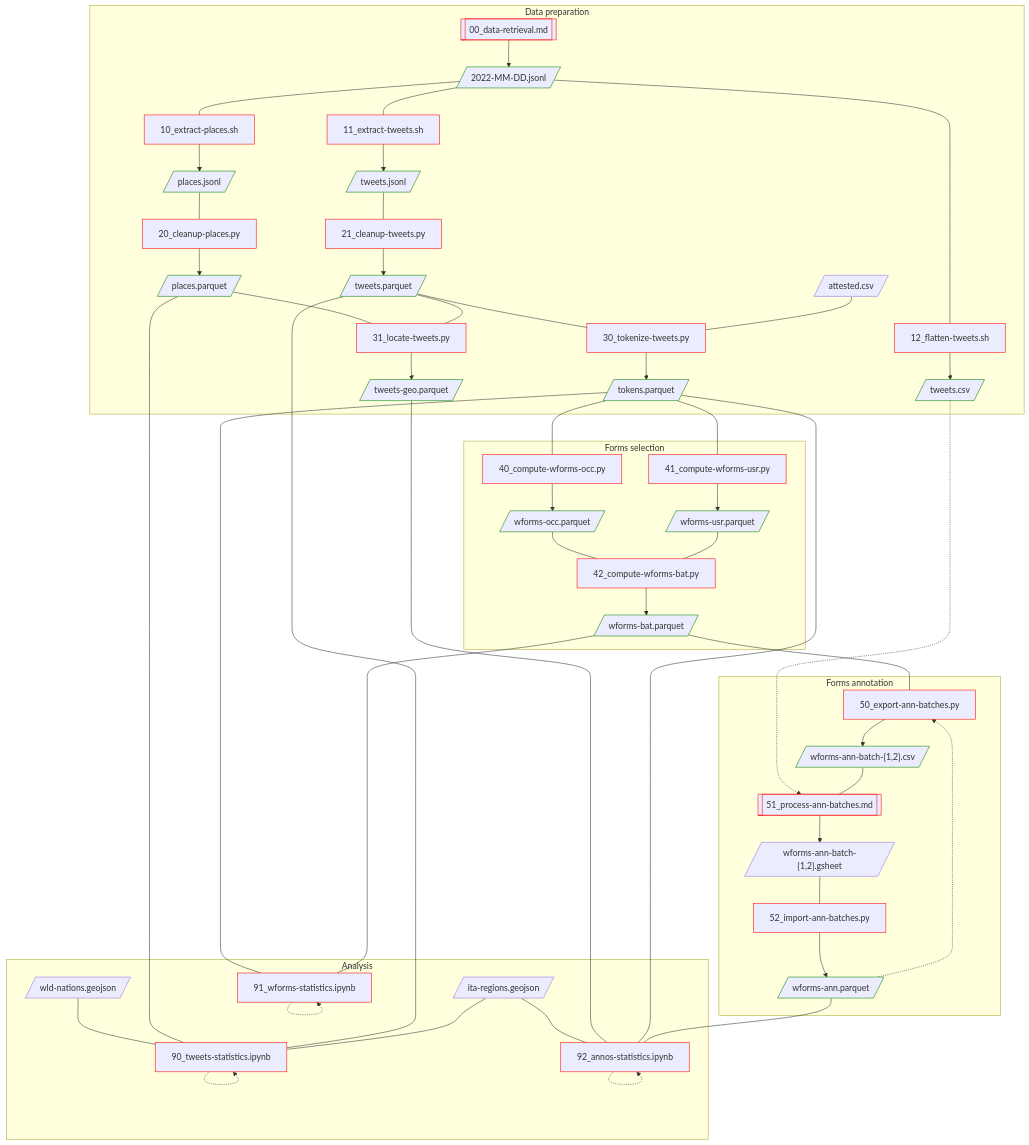
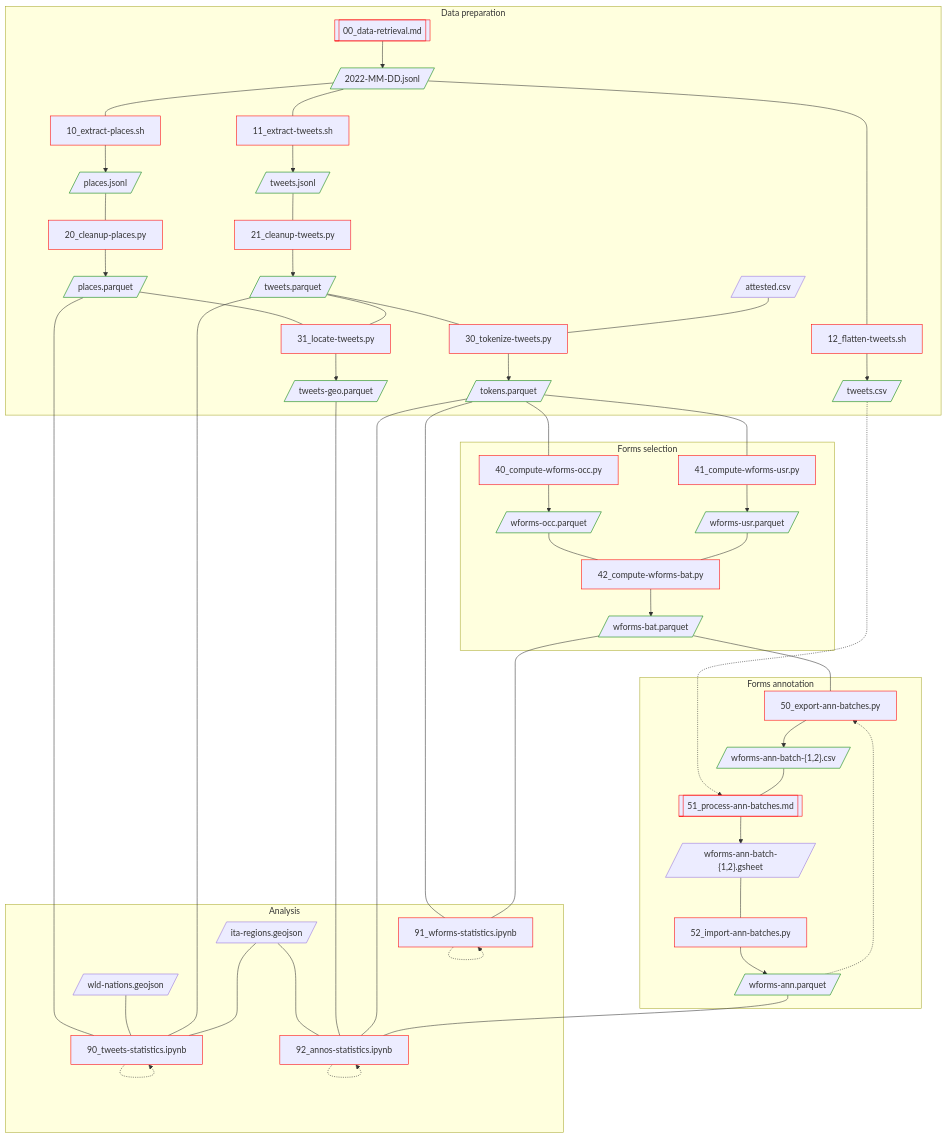
The diagram in README.md (breviloquia-italica/pipeline), drawn with Mermaid before and after one commit.

Commit message:
Clean up flowchart layout

```diff
--- a/README.md
+++ b/README.md
@@ -4,8 +4,8 @@
 flowchart TD;
 
 attested.csv[/attested.csv/]:::extdata;
+wld-nations.geojson[/wld-nations.geojson/]:::extdata
 ita-regions.geojson[/ita-regions.geojson/]:::extdata
-wld-nations.geojson[/wld-nations.geojson/]:::extdata
 
 subgraph "Data preparation"
 
@@ -29,9 +29,9 @@
 
 00 --> 2022-MM-DD.jsonl;
 
+2022-MM-DD.jsonl --- 12 --> tweets.csv;
+2022-MM-DD.jsonl --- 11 --> tweets.jsonl;
 2022-MM-DD.jsonl --- 10 --> places.jsonl;
-2022-MM-DD.jsonl --- 11 --> tweets.jsonl;
-2022-MM-DD.jsonl --- 12 --> tweets.csv;
 
 places.jsonl --- 20 --> places.parquet;
 tweets.jsonl --- 21 --> tweets.parquet;
@@ -91,20 +91,19 @@
 91[91_wforms-statistics.ipynb]:::code;
 92[92_annos-statistics.ipynb]:::code;
 
+places.parquet --- 90;
 wld-nations.geojson --- 90;
-places.parquet --- 90;
 tweets.parquet --- 90;
-ita-regions.geojson --- 90;
+ita-regions.geojson ---- 92;
+ita-regions.geojson ---- 90;
+tweets-geo.parquet --- 92;
+tokens.parquet --- 91;
+tokens.parquet --- 92;
+wforms-bat.parquet --- 91;
+wforms-ann.parquet --- 92;
+
 90 -.-> 90;
-
-tokens.parquet --- 91;
-wforms-bat.parquet ---- 91;
 91 -.-> 91;
-
-ita-regions.geojson --- 92;
-tweets-geo.parquet --- 92;
-tokens.parquet --- 92;
-wforms-ann.parquet --- 92;
 92 -.-> 92;
 
 end
```
